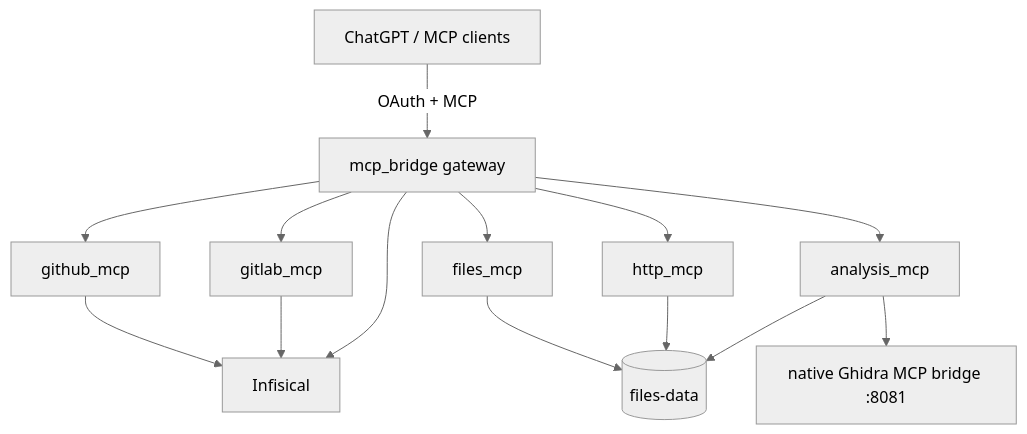
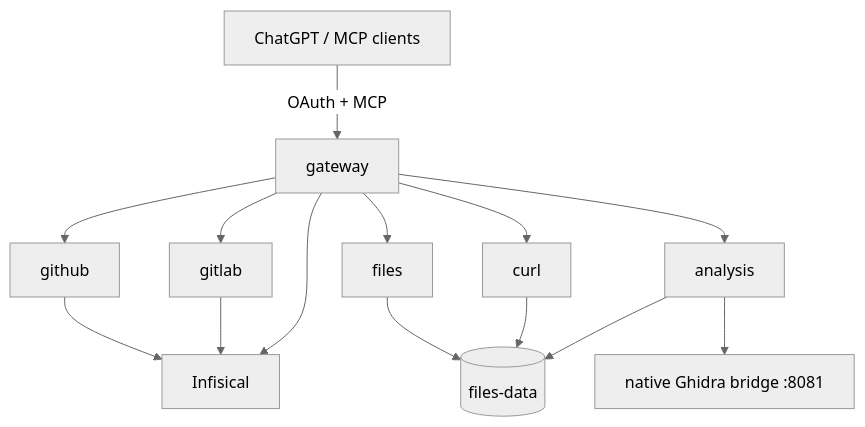
Before and after one commit to ArthurKoba/koba-mcp-bridge: the diagram in docs/architecture/overview.md, drawn with Mermaid (neutral theme). The commit also changed other lines of this file and 3 other files, not shown here.

````diff
--- a/docs/architecture/overview.md
+++ b/docs/architecture/overview.md
@@ -5,19 +5,19 @@
 ```mermaid
 flowchart TB
-    Client[ChatGPT / MCP clients] -->|OAuth + MCP| GW[mcp_bridge gateway]
+    Client[ChatGPT / MCP clients] -->|OAuth + MCP| GW[gateway]
 
-    GW --> GH[github_mcp]
-    GW --> GL[gitlab_mcp]
-    GW --> FI[files_mcp]
-    GW --> HT[http_mcp]
-    GW --> AN[analysis_mcp]
+    GW --> GH[github]
+    GW --> GL[gitlab]
+    GW --> FI[files]
+    GW --> CU[curl]
+    GW --> AN[analysis]
 
     GH --> SEC[Infisical]
     GL --> SEC
     GW --> SEC
 
     FI --> STORE[(files-data)]
-    HT --> STORE
+    CU --> STORE
     AN --> STORE
-    AN --> GD[native Ghidra MCP bridge :8081]
+    AN --> GD[native Ghidra bridge :8081]
 ```
````
